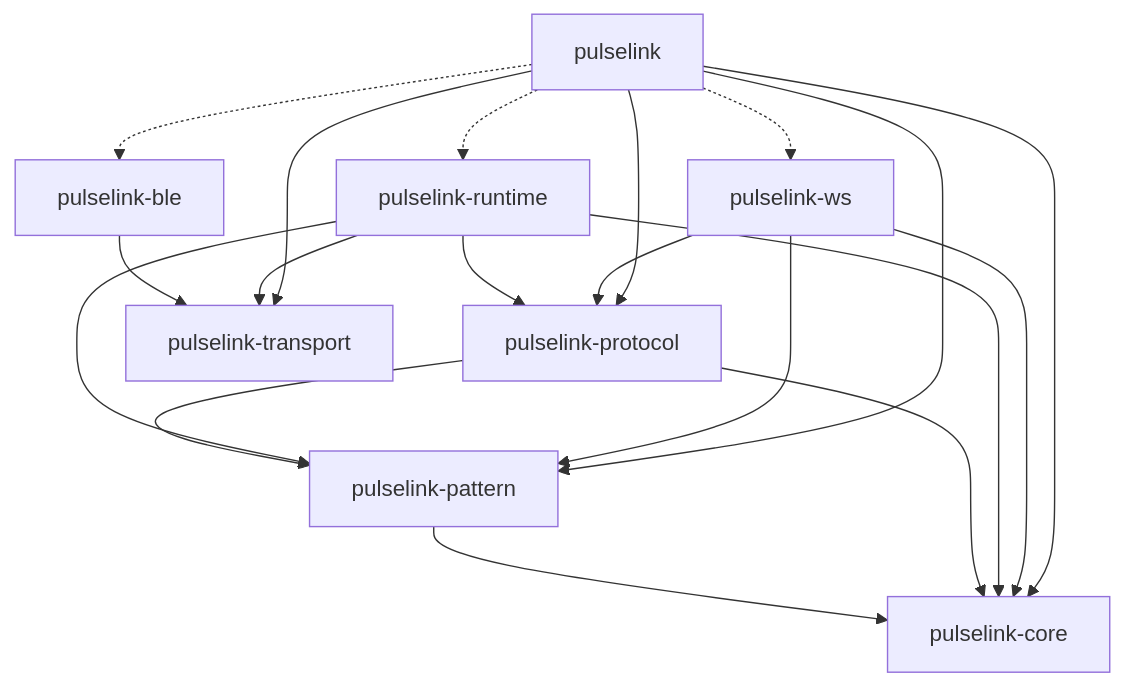
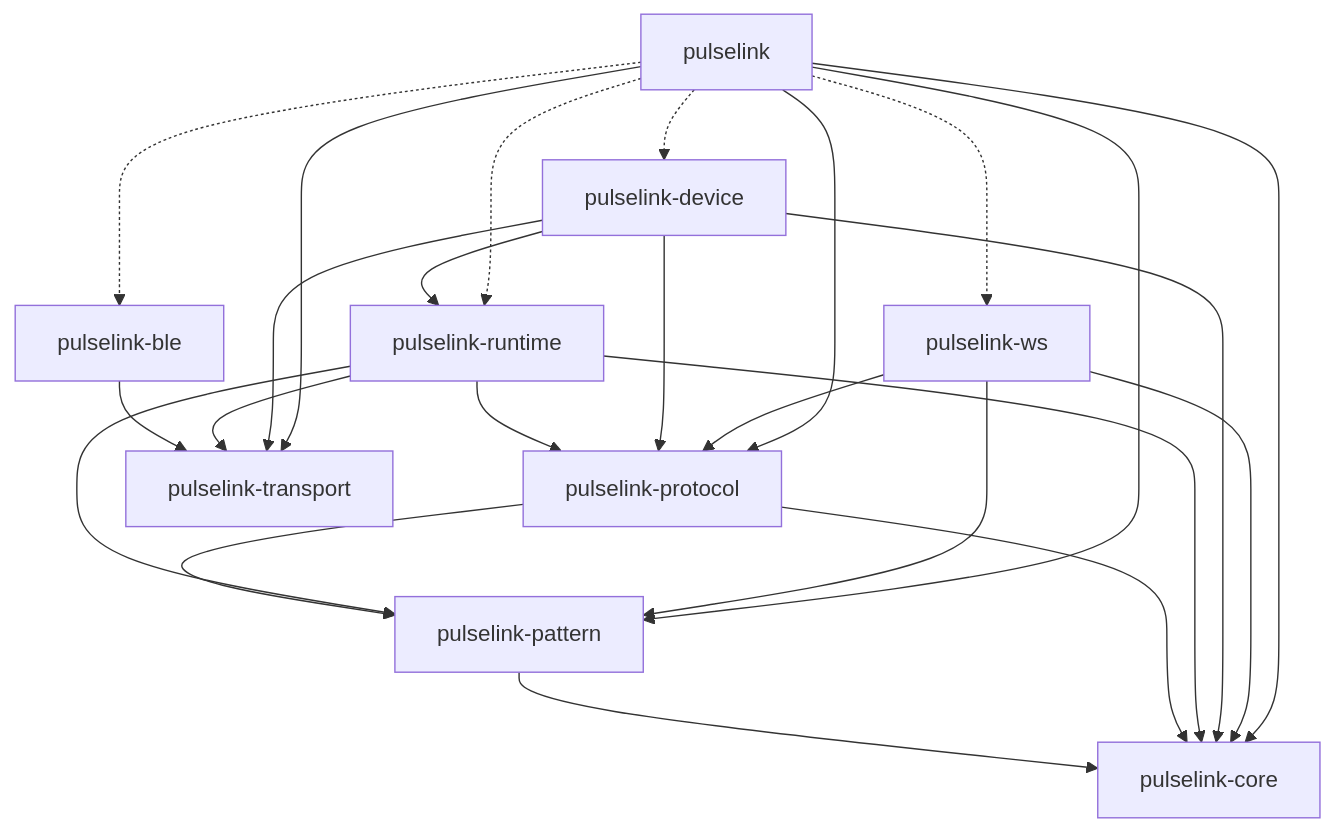
Before and after one commit to Chiloven945/pulselink: the diagram in pulselink-rs/docs/architecture.md, drawn with Mermaid. The commit also changed other lines of this file and 60 other files, not shown here.

````diff
--- a/pulselink-rs/docs/architecture.md
+++ b/pulselink-rs/docs/architecture.md
@@ -9,32 +9,38 @@
 ```mermaid
 flowchart TD
     core[pulselink-core]
     pattern[pulselink-pattern]
     protocol[pulselink-protocol]
     transport[pulselink-transport]
     ble[pulselink-ble]
     runtime[pulselink-runtime]
+    device[pulselink-device]
     ws[pulselink-ws]
     facade[pulselink]
 
     pattern --> core
     protocol --> core
     protocol --> pattern
 
     ble --> transport
     runtime --> core
     runtime --> pattern
     runtime --> protocol
     runtime --> transport
+    device --> core
+    device --> protocol
+    device --> runtime
+    device --> transport
     ws --> core
     ws --> pattern
     ws --> protocol
 
     facade --> core
     facade --> pattern
     facade --> protocol
     facade --> transport
     facade -.-> runtime
     facade -.-> ble
+    facade -.-> device
     facade -.-> ws
 ```
````
